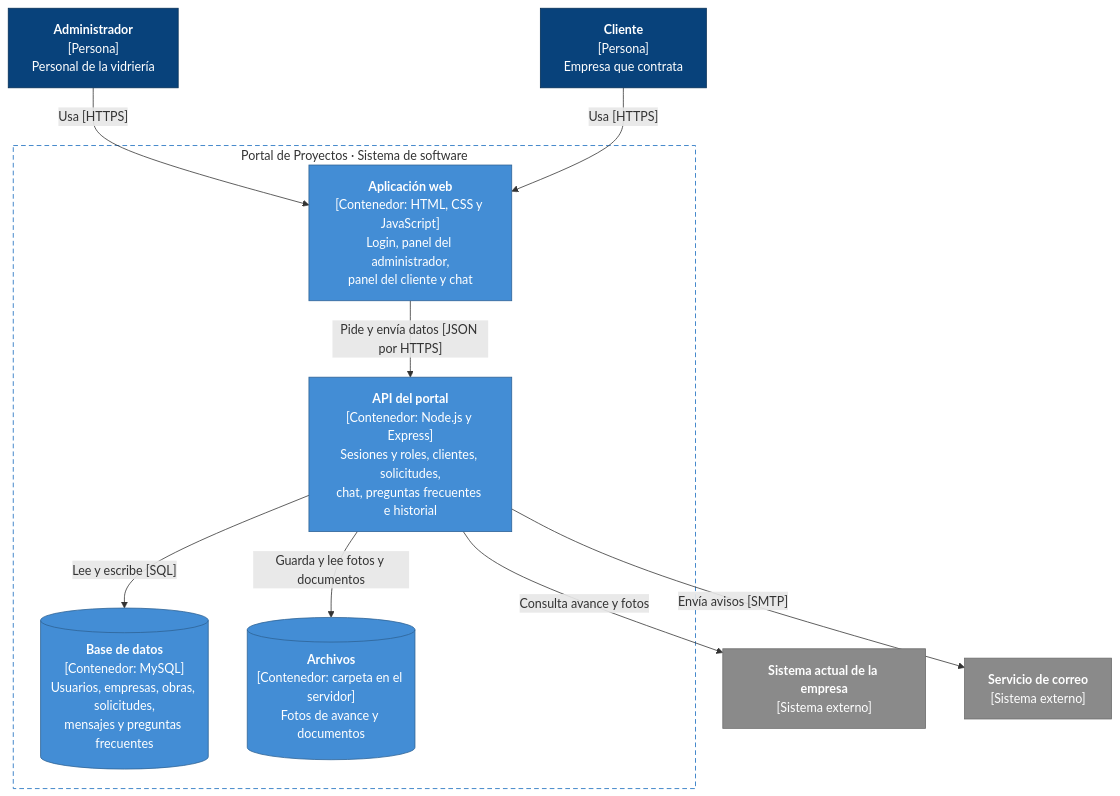
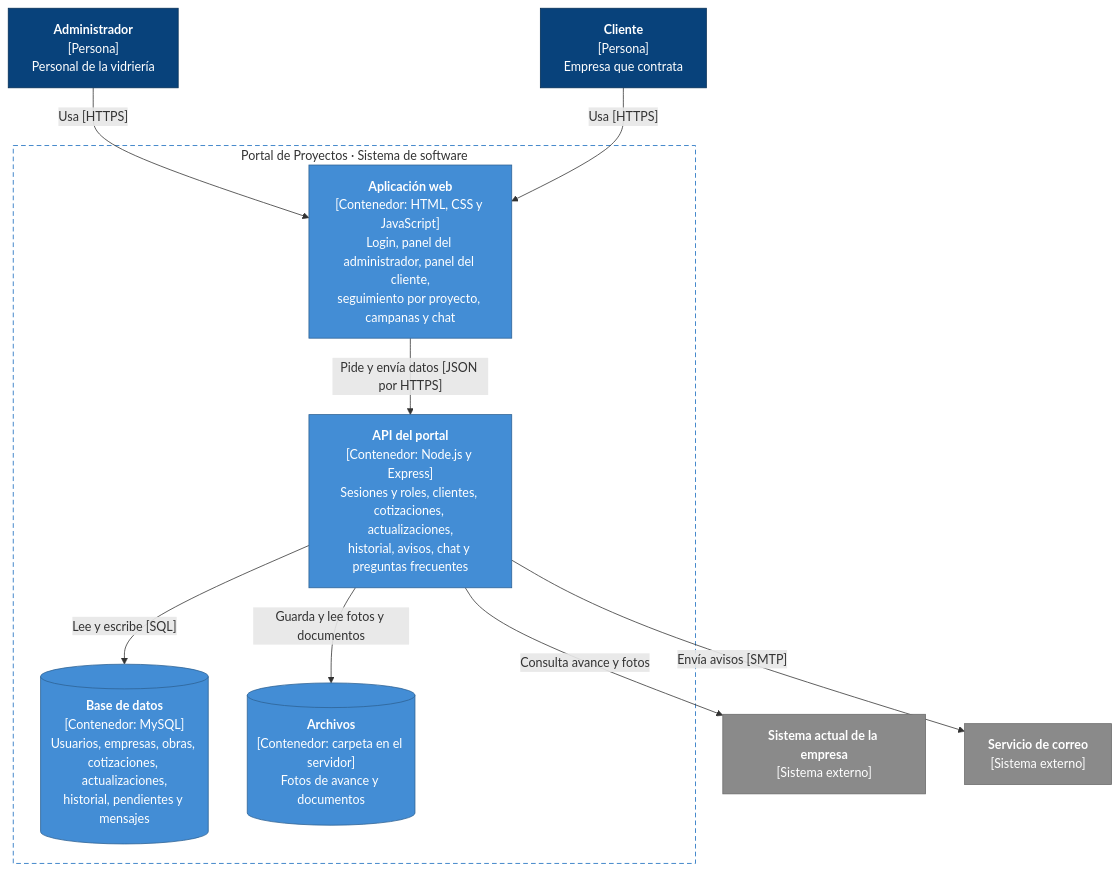
One commit to Equipo3-711/Comunicacion_con_El_Cliente changed the diagram in docs/CONTAINERS.md. Above: the diagram before and after it, drawn with Mermaid. The commit also changed other lines of this file and 2 other files, not shown here.

Commit message:
docs(contenedores): agregar seguimiento e historial por proyecto

````diff
--- a/docs/CONTAINERS.md
+++ b/docs/CONTAINERS.md
@@ -14,31 +14,31 @@
 ```mermaid
 flowchart TB
     admin["<b>Administrador</b><br/>[Persona]<br/>Personal de la vidriería"]
     cliente["<b>Cliente</b><br/>[Persona]<br/>Empresa que contrata"]
 
     subgraph portal["Portal de Proyectos · Sistema de software"]
-        web["<b>Aplicación web</b><br/>[Contenedor: HTML, CSS y JavaScript]<br/>Login, panel del administrador,<br/>panel del cliente y chat"]
-        api["<b>API del portal</b><br/>[Contenedor: Node.js y Express]<br/>Sesiones y roles, clientes, solicitudes,<br/>chat, preguntas frecuentes e historial"]
-        db[("<b>Base de datos</b><br/>[Contenedor: MySQL]<br/>Usuarios, empresas, obras, solicitudes,<br/>mensajes y preguntas frecuentes")]
+        web["<b>Aplicación web</b><br/>[Contenedor: HTML, CSS y JavaScript]<br/>Login, panel del administrador, panel del cliente,<br/>seguimiento por proyecto, campanas y chat"]
+        api["<b>API del portal</b><br/>[Contenedor: Node.js y Express]<br/>Sesiones y roles, clientes, cotizaciones, actualizaciones,<br/>historial, avisos, chat y preguntas frecuentes"]
+        db[("<b>Base de datos</b><br/>[Contenedor: MySQL]<br/>Usuarios, empresas, obras, cotizaciones, actualizaciones,<br/>historial, pendientes y mensajes")]
         files[("<b>Archivos</b><br/>[Contenedor: carpeta en el servidor]<br/>Fotos de avance y documentos")]
     end
 
     actual["<b>Sistema actual de la empresa</b><br/>[Sistema externo]"]
     correo["<b>Servicio de correo</b><br/>[Sistema externo]"]
 
     admin -->|"Usa [HTTPS]"| web
     cliente -->|"Usa [HTTPS]"| web
     web -->|"Pide y envía datos [JSON por HTTPS]"| api
     api -->|"Lee y escribe [SQL]"| db
     api -->|"Guarda y lee fotos y documentos"| files
     api -->|"Consulta avance y fotos"| actual
     api -->|"Envía avisos [SMTP]"| correo
 
     classDef person fill:#08427b,stroke:#052e56,color:#ffffff
     classDef container fill:#438dd5,stroke:#2e6295,color:#ffffff
     classDef external fill:#8a8a8a,stroke:#6b6b6b,color:#ffffff
     class admin,cliente person
     class web,api,db,files container
     class actual,correo external
     style portal fill:none,stroke:#1168bd,stroke-dasharray:6 4
 ```
````
